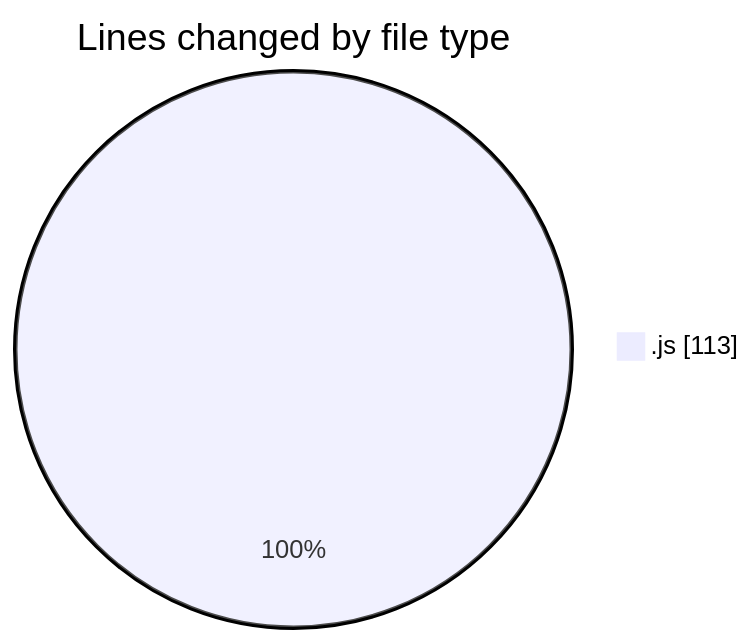
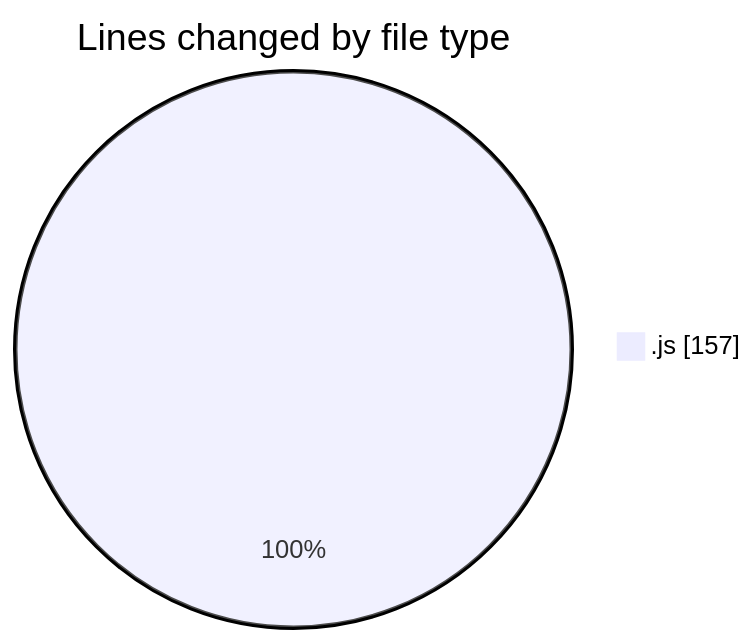
One commit to Ritupan-Deka/code-tracking changed the first of 2 diagrams in 2025-07-18/mern-workoutboard/README.md. Above: the diagram before and after it, drawn with Mermaid. The commit also changed other lines of this file and 1 other file, not shown here.

````diff
--- a/2025-07-18/mern-workoutboard/README.md
+++ b/2025-07-18/mern-workoutboard/README.md
@@ -22,5 +22,5 @@
 ```mermaid
 pie showData
 title Lines changed by file type
-".js" : 113
+".js" : 157
 ```
````
